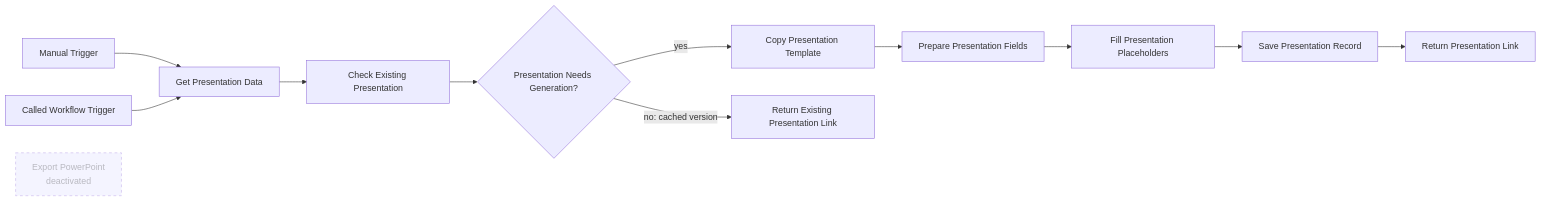
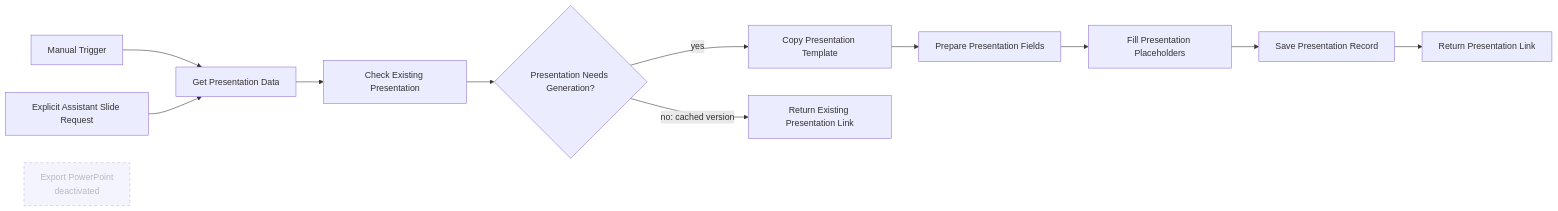
The diagram in workflows/docs/ga4-presentation-generator.md (cizmeli/ga4-ai-analytics-automation), drawn with Mermaid before and after one commit. The commit also changed other lines of this file, not shown here.

````diff
--- a/workflows/docs/ga4-presentation-generator.md
+++ b/workflows/docs/ga4-presentation-generator.md
@@ -24,15 +34,15 @@
 ```mermaid
 flowchart LR
   M[Manual Trigger] --> D[Get Presentation Data]
-  C[Called Workflow Trigger] --> D
+  C[Explicit Assistant Slide Request] --> D
   D --> K[Check Existing Presentation]
   K --> B{Presentation Needs Generation?}
   B -->|yes| CP[Copy Presentation Template]
   CP --> F[Prepare Presentation Fields]
   F --> U[Fill Presentation Placeholders]
   U --> S[Save Presentation Record]
   S --> R[Return Presentation Link]
   B -->|no: cached version| E[Return Existing Presentation Link]
   X[Export PowerPoint<br/>deactivated]:::inactive
   classDef inactive stroke-dasharray: 5 5,opacity:0.55
 ```
````
